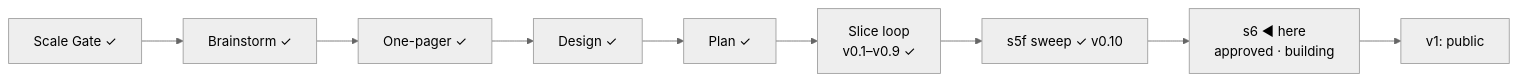
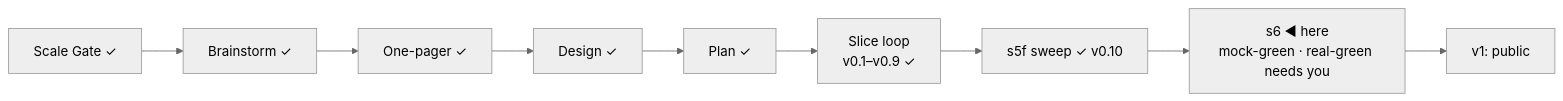
One commit to OytunOnal/permit-rulebook changed the diagram in STATUS.md. Above: the diagram before and after it, drawn with Mermaid (neutral theme). The commit also changed other lines of this file and 2 other files, not shown here.

Commit message:
s6 mock-green: review round recorded, board moved, real-green hand-off to the human

````diff
--- a/STATUS.md
+++ b/STATUS.md
@@ -11,8 +11,8 @@
 ```mermaid
 flowchart LR
     A[Scale Gate ✓] --> B[Brainstorm ✓] --> C[One-pager ✓] --> D[Design ✓] --> E[Plan ✓]
     E --> F["Slice loop<br/>v0.1–v0.9 ✓"]
     F --> S5F["s5f sweep ✓ v0.10"]
-    S5F --> G["s6 ◀ here<br/>approved · building"]
+    S5F --> G["s6 ◀ here<br/>mock-green · real-green needs you"]
     G --> H[v1: public]
 ```
````
